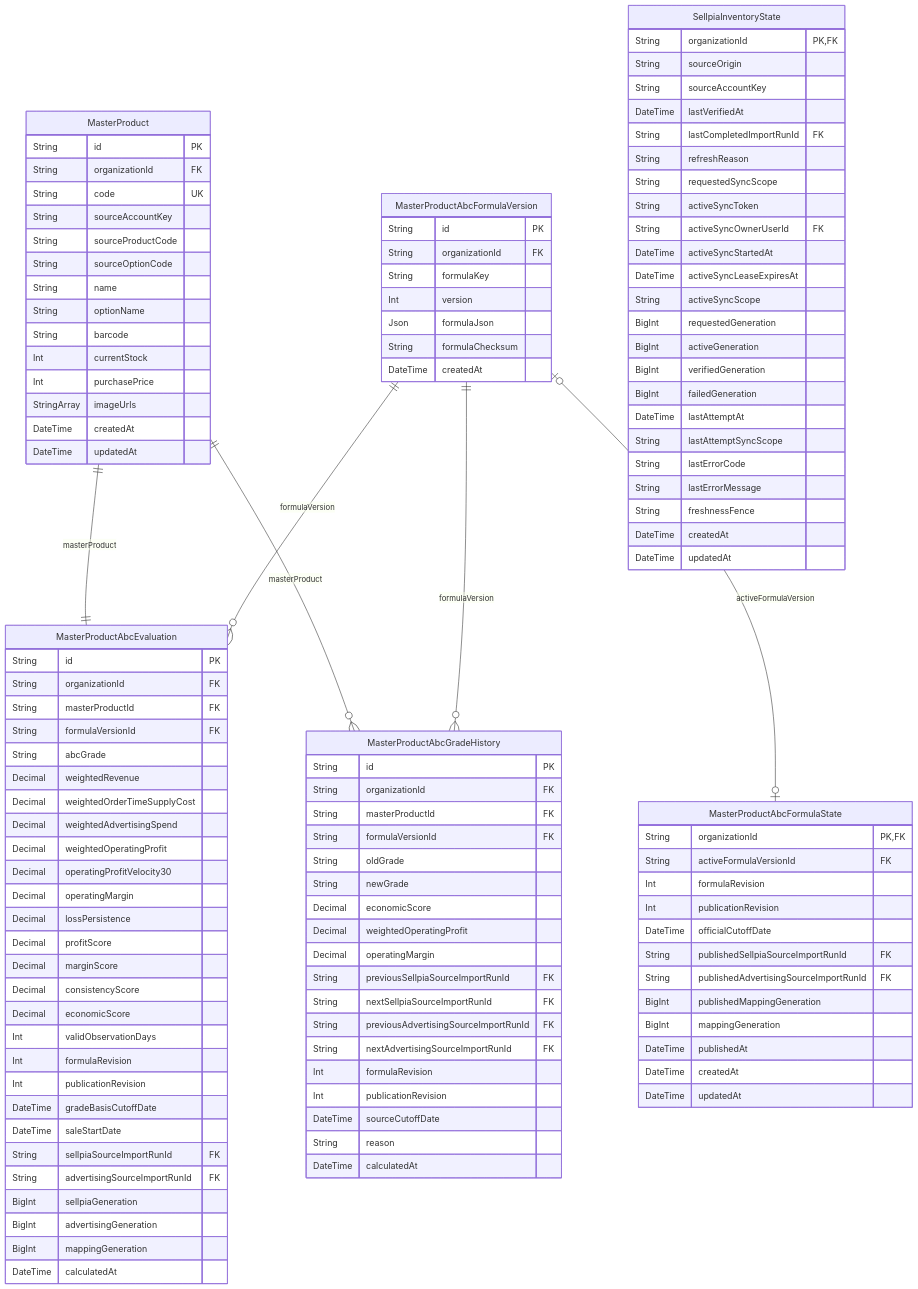
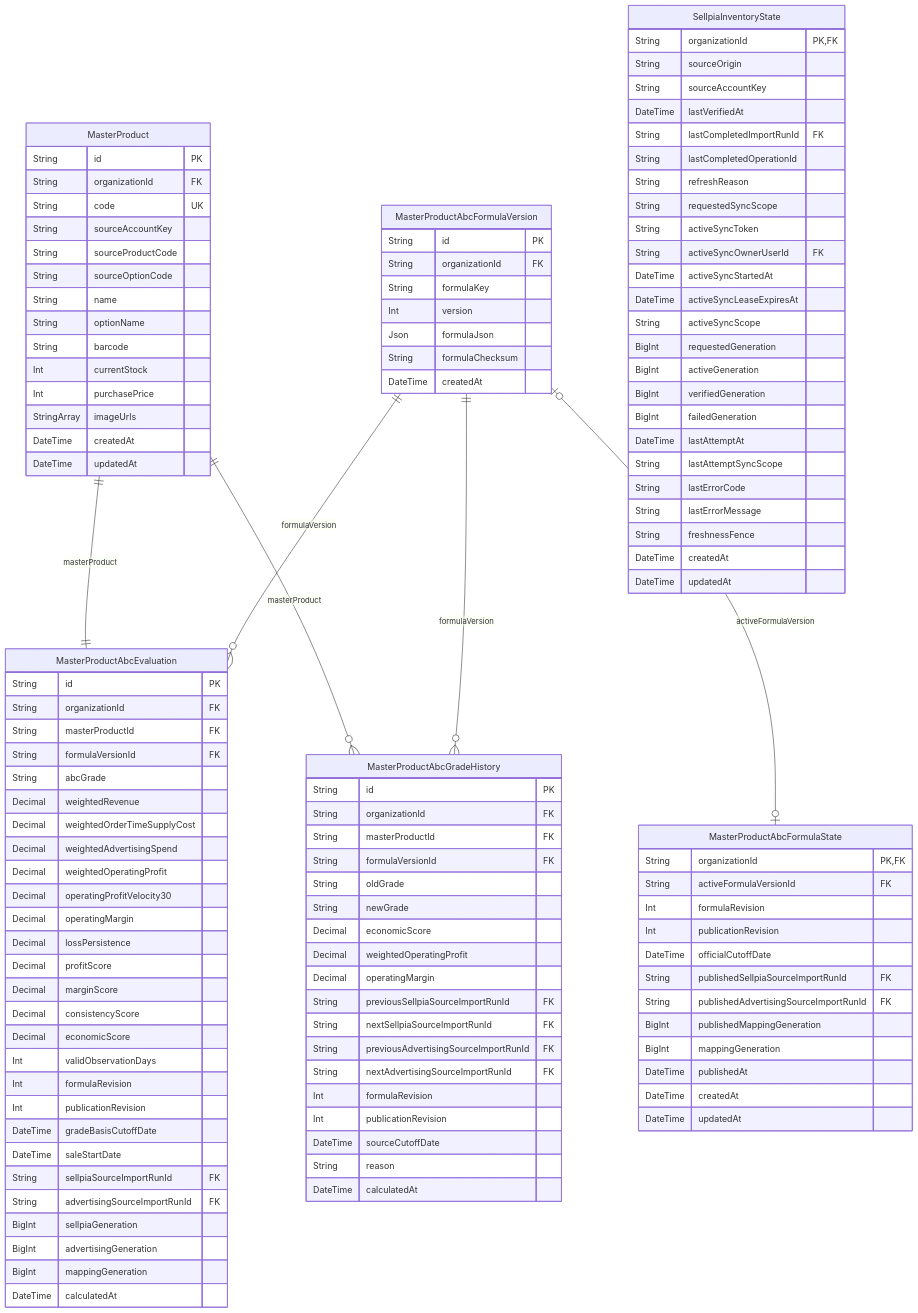
The diagram in docs/erd/products.md (AgentFoundry-Labs/kiditem), drawn with Mermaid before and after one commit. The commit also changed 151 other files, not shown here.

Commit message:
feat(KID-361): 셀피아 재고를 실행 kind products.sellpia_inventory로 옮긴다 — 확장 새 백그라운드 탭 페이지 호출·inventory_rows 청크, finish 트랜잭션 발행과 SellpiaInventoryState.lastCompletedOperationId, supply inventoryOperationId, 옛 attempt 경로·JS 삭제

```diff
--- a/docs/erd/products.md
+++ b/docs/erd/products.md
@@ -114,6 +114,7 @@
     String sourceAccountKey
     DateTime lastVerifiedAt
     String lastCompletedImportRunId FK
+    String lastCompletedOperationId
     String refreshReason
     String requestedSyncScope
     String activeSyncToken
```
